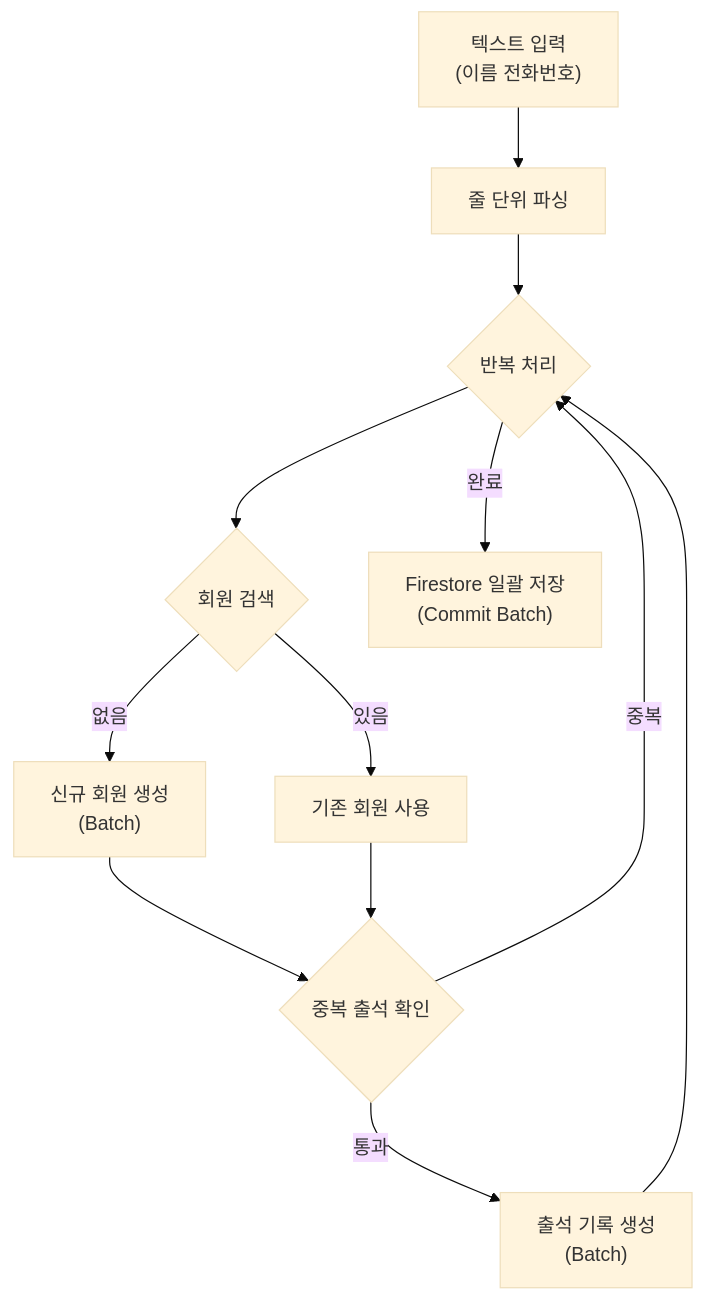
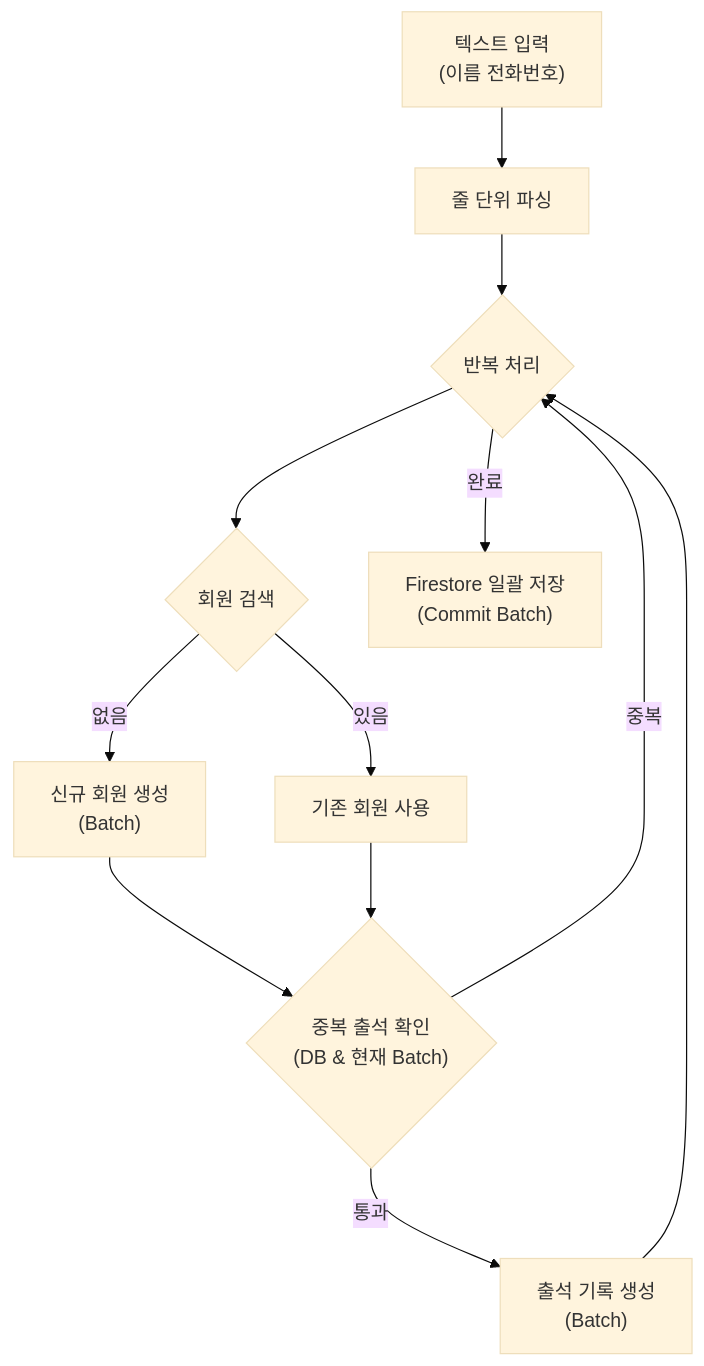
Before and after one commit to yn55m6/attendance-app-v5: the third of 3 diagrams in README.md, drawn with Mermaid (base theme). The commit also changed other lines of this file and 2 other files, not shown here.

````diff
--- a/README.md
+++ b/README.md
@@ -119,14 +122,14 @@
 ```mermaid
 graph TD
     A["텍스트 입력<br/>(이름 전화번호)"] --> B[줄 단위 파싱]
     B --> C{반복 처리}
     C --> D{회원 검색}
     D -- 없음 --> E["신규 회원 생성<br/>(Batch)"]
-    D -- 있음 --> F[기존 회원 사용]
-    E --> G{중복 출석 확인}
+    D -- 있음 --> F[기존 회원 사용]    
+    E --> G{"중복 출석 확인<br/>(DB & 현재 Batch)"}
     F --> G
     G -- 통과 --> H["출석 기록 생성<br/>(Batch)"]
     G -- 중복 --> C
     H --> C
     C -- 완료 --> I["Firestore 일괄 저장<br/>(Commit Batch)"]
 ```
````
